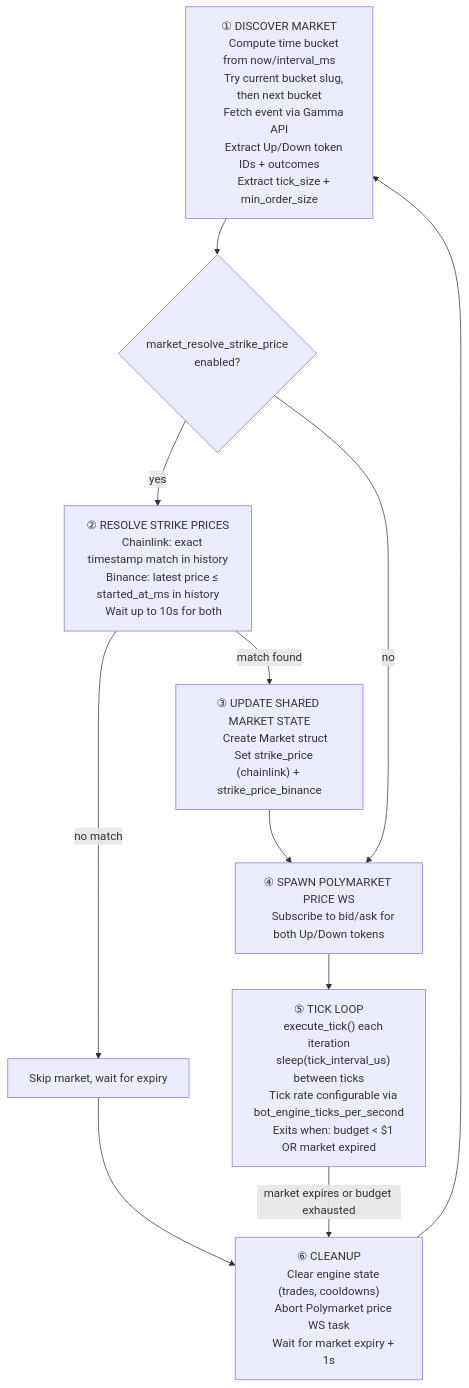
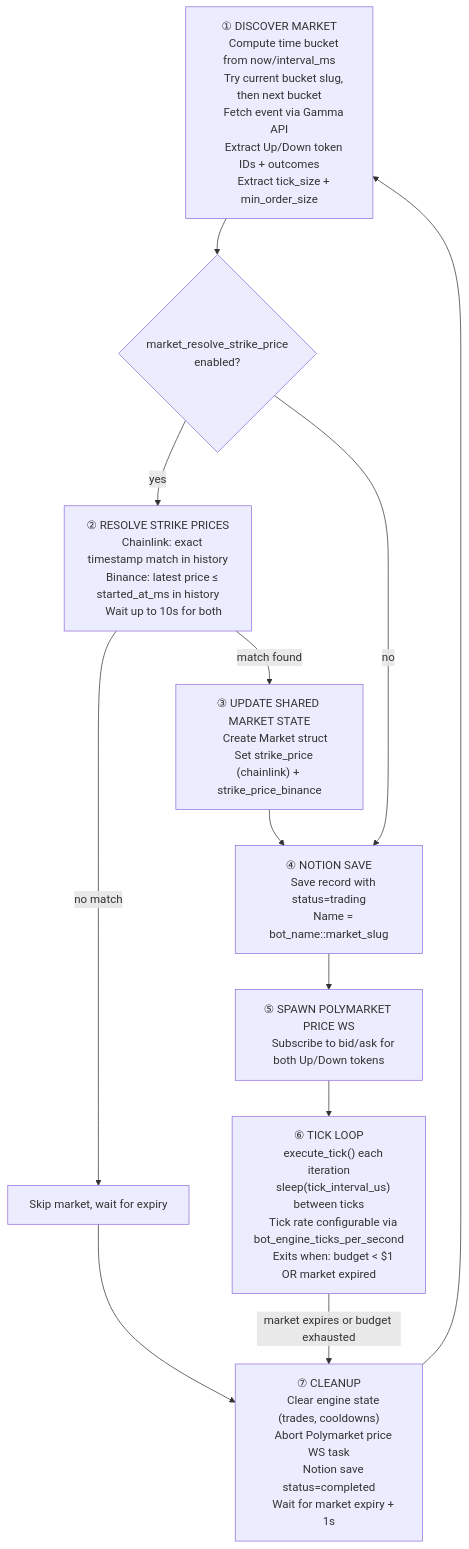
The second of 3 diagrams in docs/WORKFLOW.md (bbono/serekes), drawn with Mermaid before and after one commit. The commit also changed other lines of this file and 13 other files, not shown here.

````diff
--- a/docs/WORKFLOW.md
+++ b/docs/WORKFLOW.md
@@ -45,46 +47,52 @@
 ```mermaid
 flowchart TD
     S1["① DISCOVER MARKET
     Compute time bucket from now/interval_ms
     Try current bucket slug, then next bucket
     Fetch event via Gamma API
     Extract Up/Down token IDs + outcomes
     Extract tick_size + min_order_size"]
 
     S2{"market_resolve_strike_price
     enabled?"}
 
     S2a["② RESOLVE STRIKE PRICES
     Chainlink: exact timestamp match in history
     Binance: latest price ≤ started_at_ms in history
     Wait up to 10s for both"]
 
     S3["③ UPDATE SHARED MARKET STATE
     Create Market struct
     Set strike_price (chainlink) + strike_price_binance"]
 
-    S4["④ SPAWN POLYMARKET PRICE WS
+    S3a["④ NOTION SAVE
+    Save record with status=trading
+    Name = bot_name::market_slug"]
+
+    S4["⑤ SPAWN POLYMARKET PRICE WS
     Subscribe to bid/ask for both Up/Down tokens"]
 
-    S5["⑤ TICK LOOP
+    S5["⑥ TICK LOOP
     execute_tick() each iteration
     sleep(tick_interval_us) between ticks
     Tick rate configurable via bot_engine_ticks_per_second
     Exits when: budget < $1 OR market expired"]
 
-    S6["⑥ CLEANUP
+    S6["⑦ CLEANUP
     Clear engine state (trades, cooldowns)
     Abort Polymarket price WS task
+    Notion save status=completed
     Wait for market expiry + 1s"]
 
     S1 --> S2
     S2 -->|yes| S2a
     S2a -->|no match| SKIP["Skip market, wait for expiry"]
     SKIP --> S6
     S2a -->|match found| S3
-    S2 -->|no| S4
-    S3 --> S4
+    S2 -->|no| S3a
+    S3 --> S3a
+    S3a --> S4
     S4 --> S5
     S5 -->|market expires or budget exhausted| S6
     S6 --> S1
 ```
````
